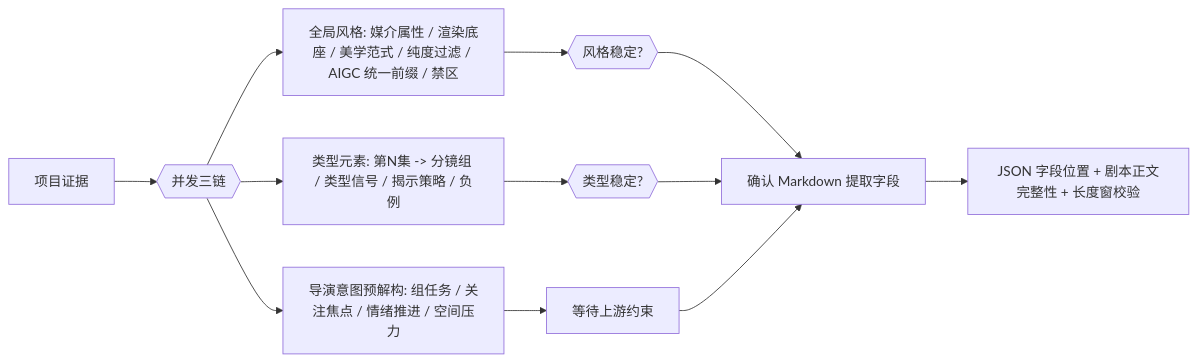
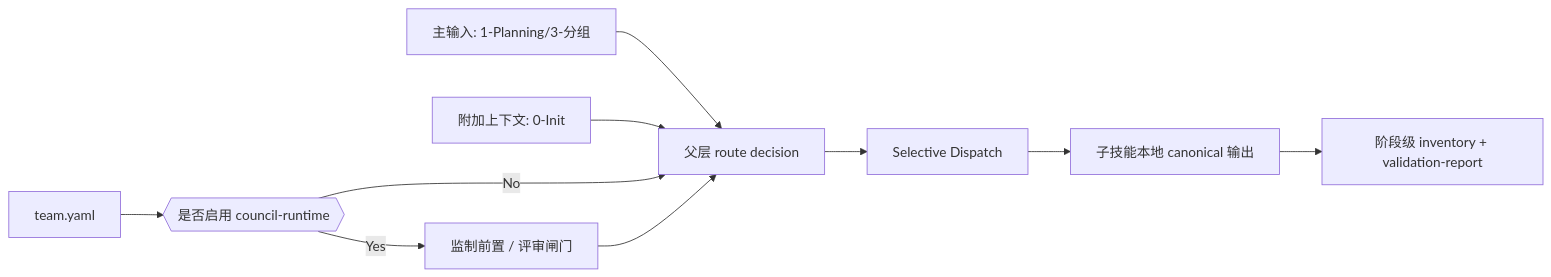
Before and after one commit to ZEN-VOID/AI-CUT: the second of 3 diagrams in .agents/skills/aigc/2-Global/SKILL.md, drawn with Mermaid. The commit also changed other lines of this file and 307 other files, not shown here.

````diff
--- a/.agents/skills/aigc/2-Global/SKILL.md
+++ b/.agents/skills/aigc/2-Global/SKILL.md
@@ -155,14 +192,12 @@
 ```mermaid
 flowchart LR
-    A["项目证据"] --> B{{"并发三链"}}
-    B --> C["全局风格: 媒介属性 / 渲染底座 / 美学范式 / 纯度过滤 / AIGC 统一前缀 / 禁区"]
-    B --> D["类型元素: 第N集 -> 分镜组 / 类型信号 / 揭示策略 / 负例"]
-    B --> E["导演意图预解构: 组任务 / 关注焦点 / 情绪推进 / 空间压力"]
-    C --> F{{"风格稳定?"}}
-    D --> G{{"类型稳定?"}}
-    E --> H["等待上游约束"]
-    F --> I["确认 Markdown 提取字段"]
-    G --> I
-    H --> I
-    I --> J["JSON 字段位置 + 剧本正文完整性 + 长度窗校验"]
+    A["主输入: 1-Planning/3-分组"] --> B["父层 route decision"]
+    C["附加上下文: 0-Init"] --> B
+    D["team.yaml"] --> E{{"是否启用 council-runtime"}}
+    E -->|"Yes"| F["监制前置 / 评审闸门"]
+    E -->|"No"| B
+    F --> B
+    B --> G["Selective Dispatch"]
+    G --> H["子技能本地 canonical 输出"]
+    H --> I["阶段级 inventory + validation-report"]
 ```
````
